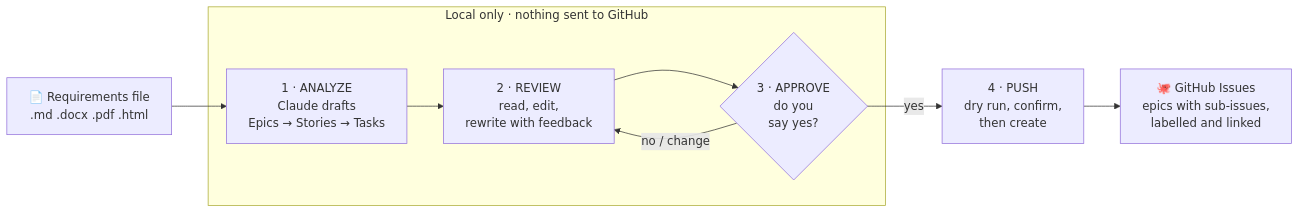
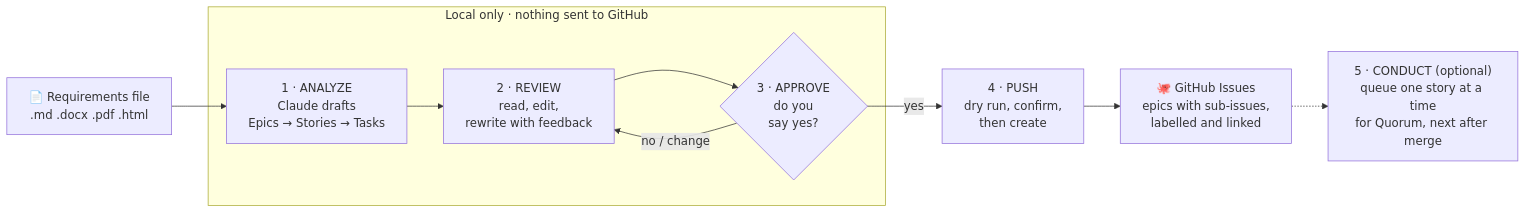
Before and after one commit to psangrama/Agent-RequirementAnalyzer: the first of 2 diagrams in README.md, drawn with Mermaid. The commit also changed other lines of this file and 21 other files, not shown here.

````diff
--- a/README.md
+++ b/README.md
@@ -5,15 +5,16 @@
 ```mermaid
 flowchart LR
     A["📄 Requirements file<br/>.md .docx .pdf .html"] --> B["1 · ANALYZE<br/>Claude drafts<br/>Epics → Stories → Tasks"]
     B --> C["2 · REVIEW<br/>read, edit,<br/>rewrite with feedback"]
     C --> D{"3 · APPROVE<br/>do you<br/>say yes?"}
     D -- "no / change" --> C
     D -- "yes" --> E["4 · PUSH<br/>dry run, confirm,<br/>then create"]
     E --> F["🐙 GitHub Issues<br/>epics with sub-issues,<br/>labelled and linked"]
+    F -.-> G["5 · CONDUCT (optional)<br/>queue one story at a time<br/>for Quorum, next after merge"]
 
     subgraph local ["Local only · nothing sent to GitHub"]
         B
         C
         D
     end
 ```
````
